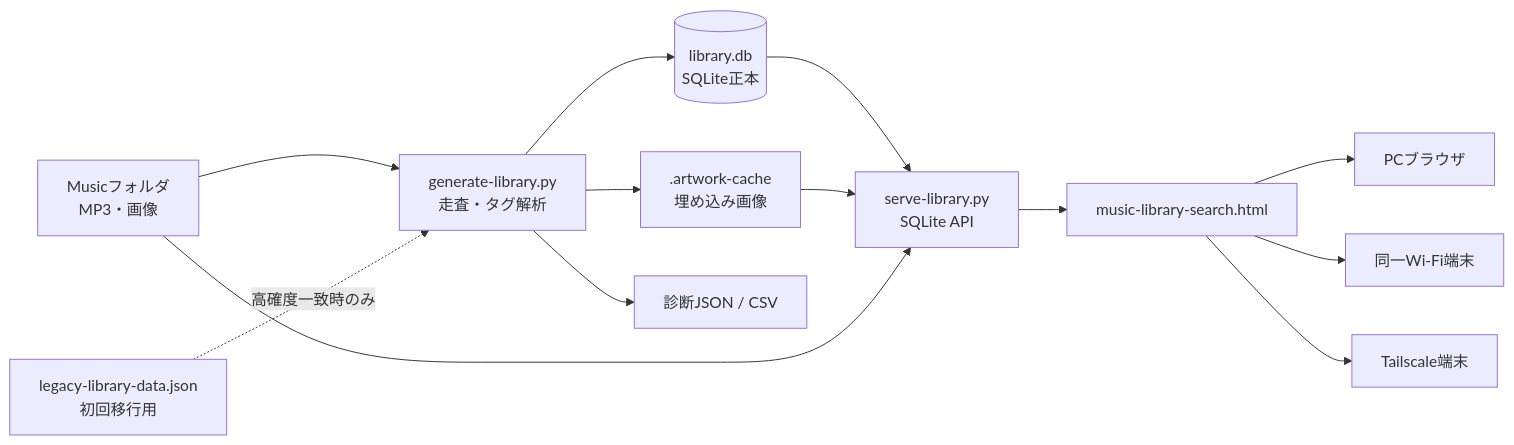
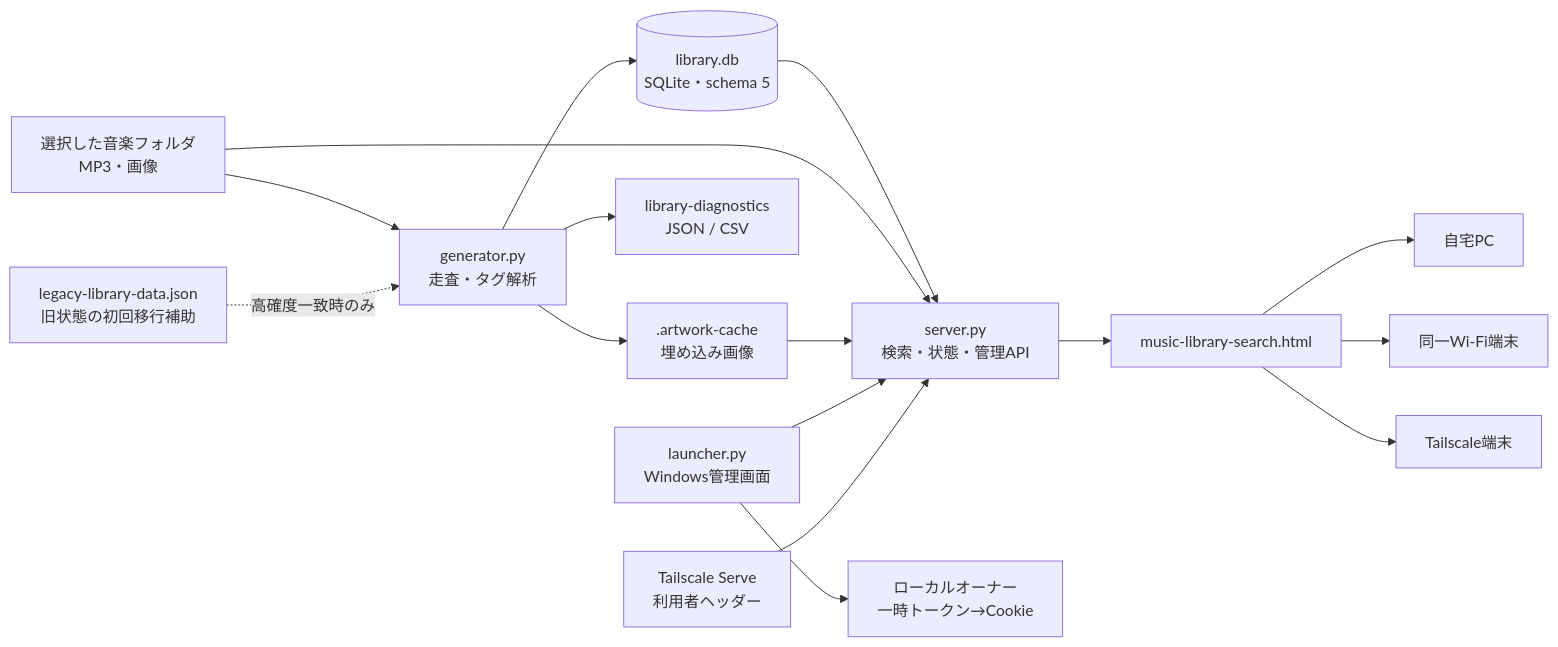
One commit to k-systems202208/mp3-source-music-library changed the diagram in README.md. Above: the diagram before and after it, drawn with Mermaid. The commit also changed other lines of this file and 33 other files, not shown here.

````diff
--- a/README.md
+++ b/README.md
@@ -47,15 +52,18 @@
 ```mermaid
 flowchart LR
-    MP3["Musicフォルダ<br>MP3・画像"] --> GEN["generate-library.py<br>走査・タグ解析"]
-    LEGACY["legacy-library-data.json<br>初回移行用"] -. 高確度一致時のみ .-> GEN
-    GEN --> DB[("library.db<br>SQLite正本")]
-    GEN --> ART[".artwork-cache<br>埋め込み画像"]
-    GEN --> DIAG["診断JSON / CSV"]
-    DB --> API["serve-library.py<br>SQLite API"]
-    ART --> API
-    MP3 --> API
-    API --> UI["music-library-search.html"]
-    UI --> PC["PCブラウザ"]
+    MP3["選択した音楽フォルダ<br>MP3・画像"] --> SCAN["generator.py<br>走査・タグ解析"]
+    LEGACY["legacy-library-data.json<br>旧状態の初回移行補助"] -. 高確度一致時のみ .-> SCAN
+    SCAN --> DB[("library.db<br>SQLite・schema 5")]
+    SCAN --> ART[".artwork-cache<br>埋め込み画像"]
+    SCAN --> DIAG["library-diagnostics<br>JSON / CSV"]
+    DB --> SERVER["server.py<br>検索・状態・管理API"]
+    MP3 --> SERVER
+    ART --> SERVER
+    SERVER --> UI["music-library-search.html"]
+    LAUNCHER["launcher.py<br>Windows管理画面"] --> SERVER
+    LAUNCHER --> LOCAL["ローカルオーナー<br>一時トークン→Cookie"]
+    TS["Tailscale Serve<br>利用者ヘッダー"] --> SERVER
+    UI --> PC["自宅PC"]
     UI --> LAN["同一Wi-Fi端末"]
-    UI --> TS["Tailscale端末"]
+    UI --> REMOTE["Tailscale端末"]
 ```
````
